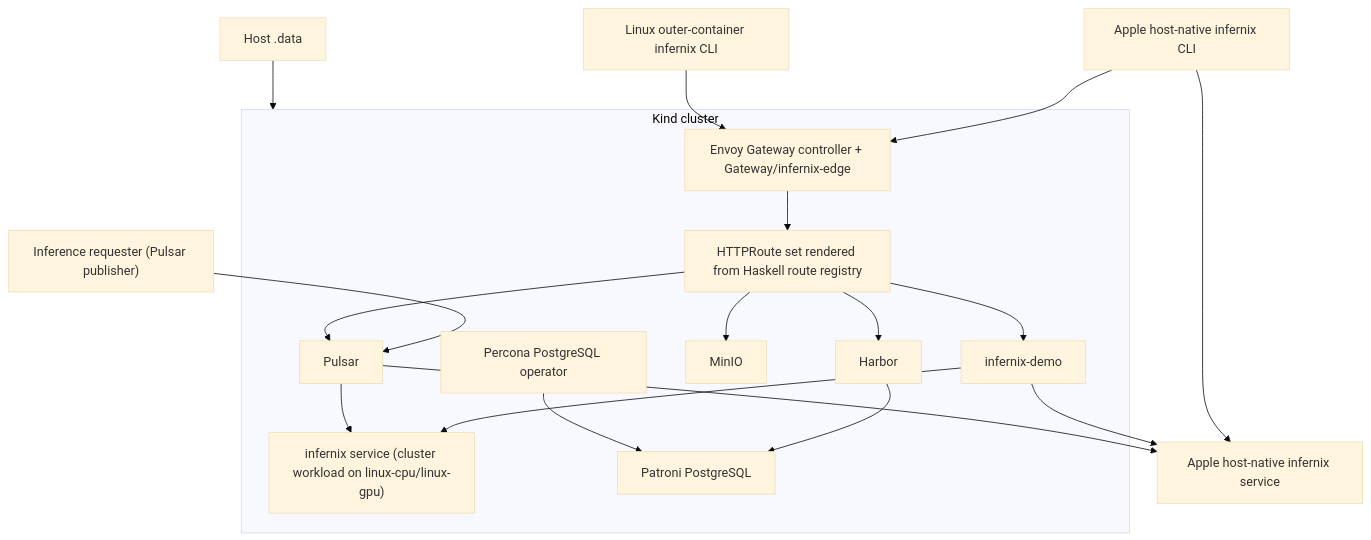
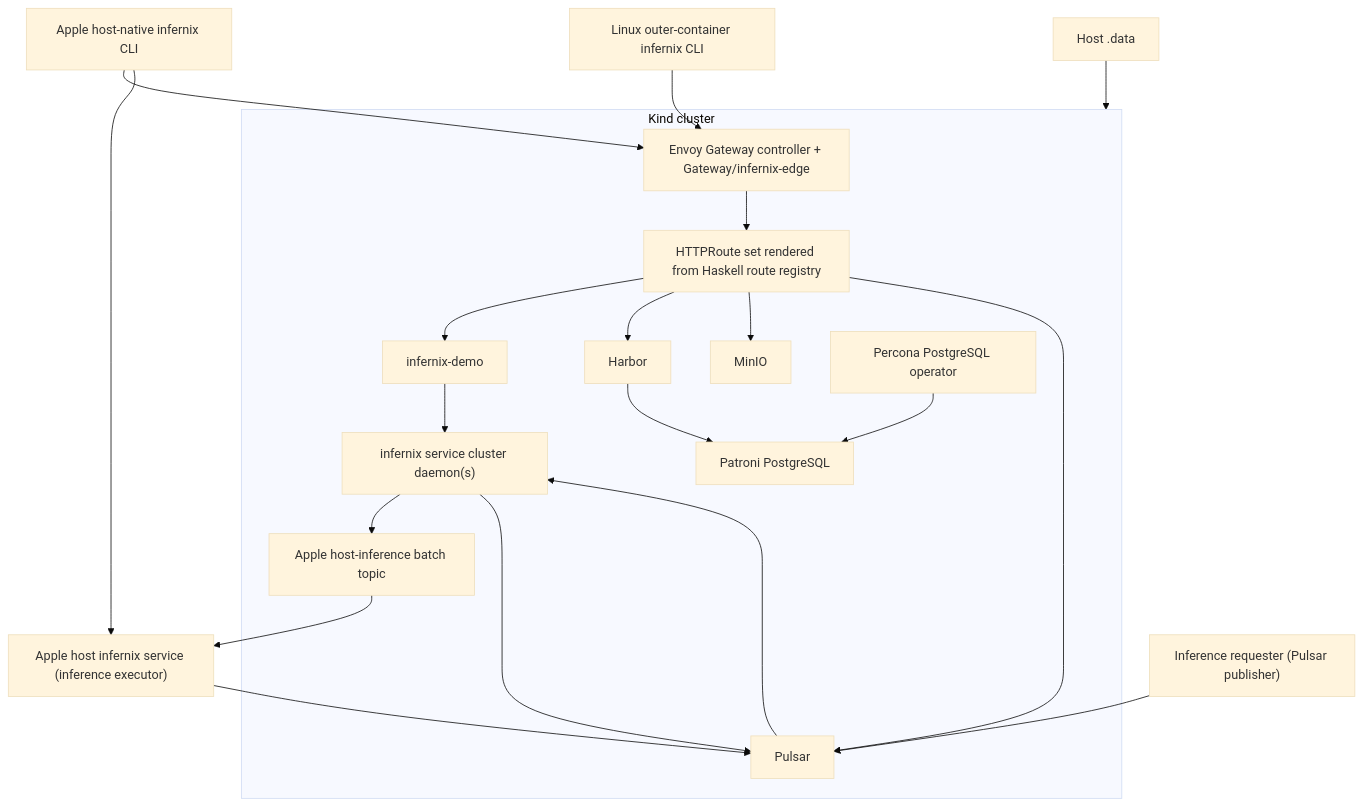
Before and after one commit to Tuee22/infernix: the diagram in DEVELOPMENT_PLAN/00-overview.md, drawn with Mermaid (base theme). The commit also changed other lines of this file and 36 other files, not shown here.

````diff
--- a/DEVELOPMENT_PLAN/00-overview.md
+++ b/DEVELOPMENT_PLAN/00-overview.md
@@ -163,37 +172,40 @@
 ```mermaid
 flowchart TB
     appleCli["Apple host-native infernix CLI"]
-    appleDaemon["Apple host-native infernix service"]
+    appleHostDaemon["Apple host infernix service (inference executor)"]
     linuxCli["Linux outer-container infernix CLI"]
     data["Host .data"]
     requester["Inference requester (Pulsar publisher)"]
 
     subgraph kind["Kind cluster"]
         gateway["Envoy Gateway controller + Gateway/infernix-edge"]
         routes["HTTPRoute set rendered from Haskell route registry"]
         demo["infernix-demo"]
-        linuxService["infernix service (cluster workload on linux-cpu/linux-gpu)"]
+        clusterService["infernix service cluster daemon(s)"]
+        appleBatchTopic["Apple host-inference batch topic"]
         harbor["Harbor"]
         minio["MinIO"]
         pgop["Percona PostgreSQL operator"]
         postgres["Patroni PostgreSQL"]
         pulsar["Pulsar"]
     end
 
     appleCli --> gateway
-    appleCli --> appleDaemon
+    appleCli --> appleHostDaemon
     linuxCli --> gateway
     requester --> pulsar
     gateway --> routes
     routes --> demo
     routes --> harbor
     routes --> minio
     routes --> pulsar
-    demo --> appleDaemon
-    demo --> linuxService
-    pulsar --> appleDaemon
-    pulsar --> linuxService
+    demo --> clusterService
+    pulsar --> clusterService
+    clusterService --> appleBatchTopic
+    appleBatchTopic --> appleHostDaemon
+    appleHostDaemon --> pulsar
+    clusterService --> pulsar
     harbor --> postgres
     pgop --> postgres
     data --> kind
 ```
````
